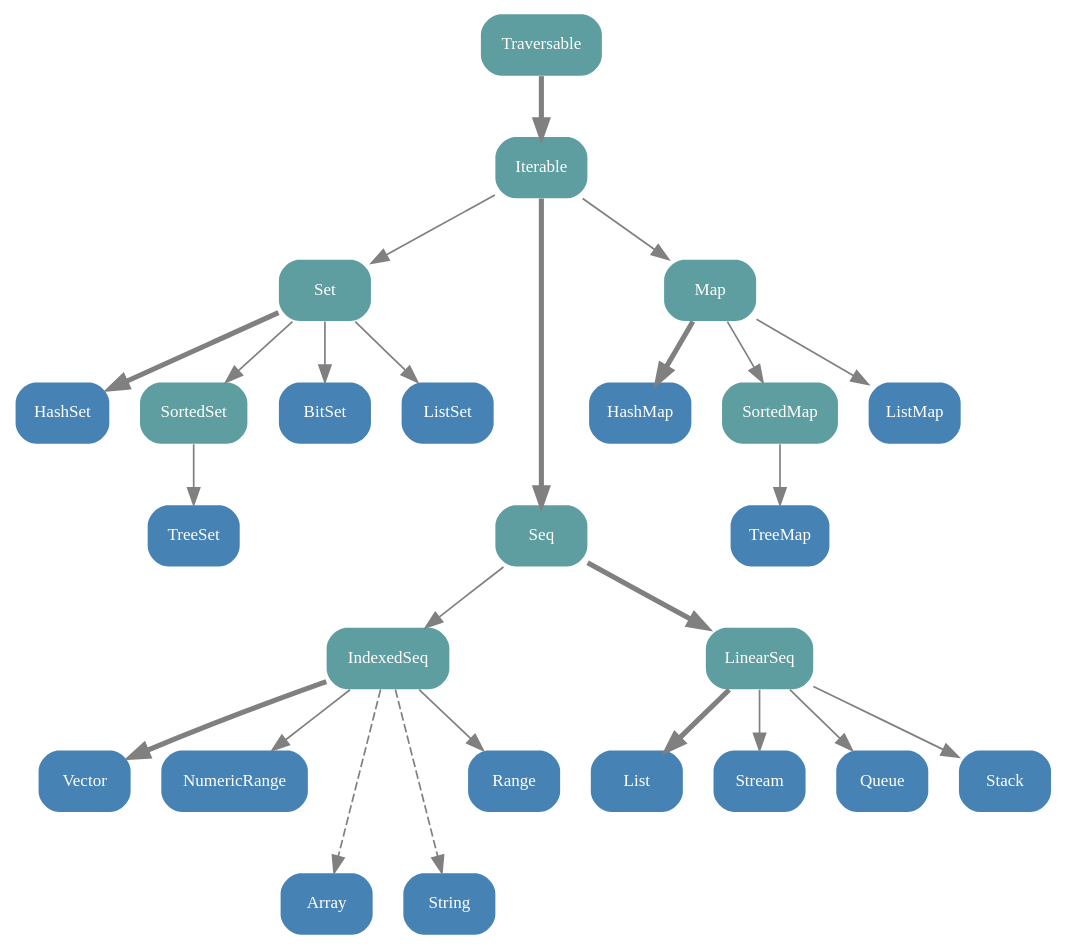
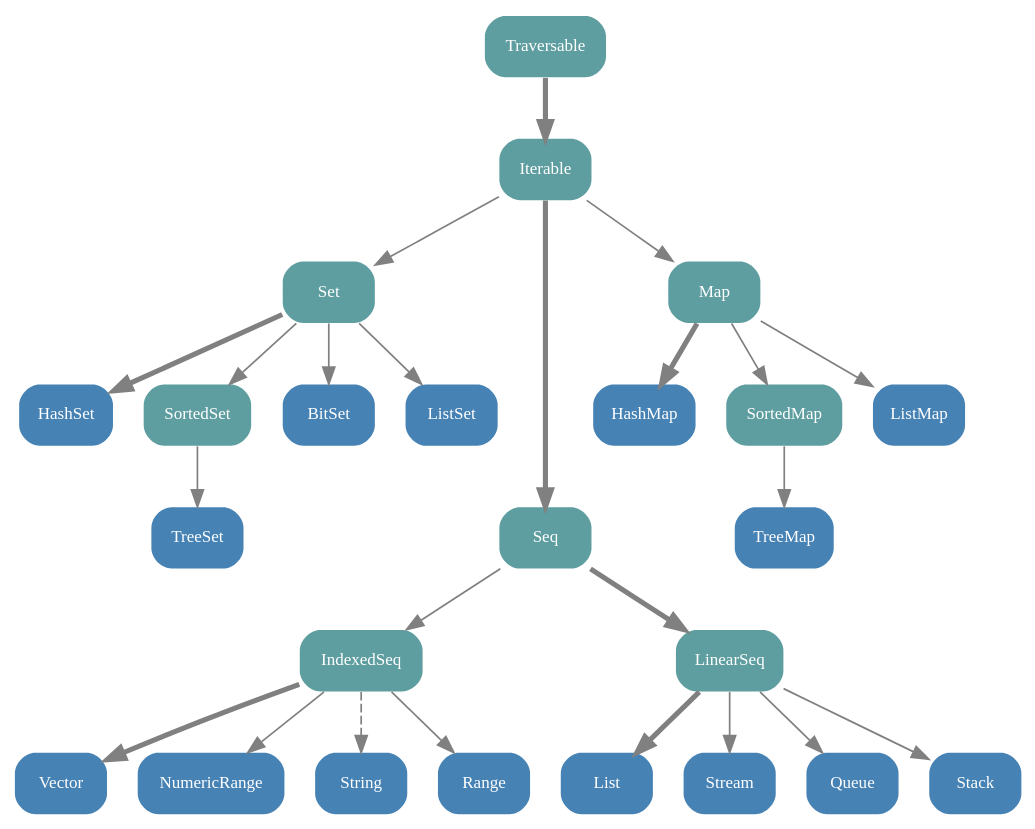
One commit to sirthias/scala-collections-charts changed the diagram in src/scala.collection.immutable.dot. Above: the diagram before and after it, drawn with Graphviz. The commit also changed 3 other files, not shown here.

Commit message:
Fixed incorrect location of implicit conversion Array -> IndexedSeq, was in scala.collection.immutable, now in scala.collection.mutable

```diff
--- a/src/scala.collection.immutable.dot
+++ b/src/scala.collection.immutable.dot
@@ -1,75 +1,71 @@
 // dot graphs for the Scala 2.8 Collections API
 // package scala.collection.immutable
 // (C) 2010 by Mathias
 
 digraph "scala.collection.immutable" {
   bgcolor=transparent
   dpi=68
   
   // layout help
-  node [shape=plaintext, style=invis]
+  node [shape=point, style=invis]
   edge [style=invis]
-  Level0 -> Level1 -> Level2 -> Level3 -> Level4 -> Level5 -> Level6 -> Level7
+  Level0 -> Level1 -> Level2 -> Level3 -> Level4 -> Level5
   
   // node definitions
   node [shape=box, style="rounded, filled", fontname=tahoma, fontsize=10, fontcolor=white, color=none, fillcolor=cadetblue]
   iTraversable [label="Traversable", URL="http://www.scala-lang.org/api/current/scala/collection/immutable/Traversable.html"]
     iIterable [label="Iterable", URL="http://www.scala-lang.org/api/current/scala/collection/immutable/Iterable.html"]
       iSet [label="Set", URL="http://www.scala-lang.org/api/current/scala/collection/immutable/Set.html"]
         iHashSet [fillcolor="steelblue", label="HashSet", URL="http://www.scala-lang.org/api/current/scala/collection/immutable/HashSet.html"]
         iSortedSet [label="SortedSet", URL="http://www.scala-lang.org/api/current/scala/collection/immutable/SortedSet.html"]
           TreeSet [fillcolor="steelblue", URL="http://www.scala-lang.org/api/current/scala/collection/immutable/TreeSet.html"]
         iBitSet [fillcolor="steelblue", label="BitSet", URL="http://www.scala-lang.org/api/current/scala/collection/immutable/BitSet.html"]
         ListSet [fillcolor="steelblue", URL="http://www.scala-lang.org/api/current/scala/collection/immutable/ListSet.html"]
       iSeq [label="Seq", URL="http://www.scala-lang.org/api/current/scala/collection/immutable/Seq.html"]
         iIndexedSeq [label="IndexedSeq", URL="http://www.scala-lang.org/api/current/scala/collection/immutable/IndexedSeq.html"]
           Vector [fillcolor="steelblue", URL="http://www.scala-lang.org/api/current/scala/collection/immutable/Vector.html"]
           NumericRange [fillcolor="steelblue", URL="http://www.scala-lang.org/api/current/scala/collection/immutable/NumericRange.html"]
-          Array [fillcolor="steelblue", URL="http://www.scala-lang.org/api/current/scala/Array.html"]
           String [fillcolor="steelblue", URL="http://www.scala-lang.org/api/current/scala/String.html"]
           Range [fillcolor="steelblue", URL="http://www.scala-lang.org/api/current/scala/collection/immutable/Range.html"]
         iLinearSeq [label="LinearSeq", URL="http://www.scala-lang.org/api/current/scala/collection/immutable/LinearSeq.html"]
           List [fillcolor="steelblue", URL="http://www.scala-lang.org/api/current/scala/collection/immutable/List.html"]
           Stream [fillcolor="steelblue", URL="http://www.scala-lang.org/api/current/scala/collection/immutable/Stream.html"]
           iQueue [fillcolor="steelblue", label="Queue", URL="http://www.scala-lang.org/api/current/scala/collection/immutable/Queue.html"]
           iStack [fillcolor="steelblue", label="Stack", URL="http://www.scala-lang.org/api/current/scala/collection/immutable/Stack.html"]
       iMap [label="Map", URL="http://www.scala-lang.org/api/current/scala/collection/immutable/Map.html"]
         iHashMap [fillcolor="steelblue", label="HashMap", URL="http://www.scala-lang.org/api/current/scala/collection/immutable/HashMap.html"]
         iSortedMap [label="SortedMap", URL="http://www.scala-lang.org/api/current/scala/collection/immutable/SortedMap.html"]
           TreeMap [fillcolor="steelblue", URL="http://www.scala-lang.org/api/current/scala/collection/immutable/TreeMap.html"]
         iListMap [fillcolor="steelblue", label="ListMap", URL="http://www.scala-lang.org/api/current/scala/collection/immutable/ListMap.html"]
 
   // layout help
   { rank=same; Level0; iTraversable }
   { rank=same; Level1; iIterable }
   { rank=same; Level2; iSet; iMap }
   { rank=same; Level3; }
   { rank=same; Level4; iSeq }
   { rank=same; Level5; iIndexedSeq; iLinearSeq }
-  { rank=same; Level6; }
-  { rank=same; Level7; Array; String; }
 
   // edge definitions
   edge [style=solid, color=gray]
   iTraversable -> iIterable [penwidth=3]
   iIterable -> iSeq [penwidth=3]
   iSeq -> iIndexedSeq
   iIndexedSeq -> Vector [penwidth=3]
   iIndexedSeq -> NumericRange
   iIndexedSeq -> Range
-  iIndexedSeq -> Array [style=dashed]
   iIndexedSeq -> String [style=dashed]
   iSeq -> iLinearSeq -> List [penwidth=3]
   iLinearSeq -> Stream
   iLinearSeq -> iQueue
   iLinearSeq -> iStack
   iIterable -> iSet
   iSet -> iHashSet [penwidth=3]
   iSet -> iSortedSet -> TreeSet
   iSet -> iBitSet
   iSet -> ListSet
   iIterable -> iMap
   iMap -> iHashMap [penwidth=3]
   iMap -> iSortedMap -> TreeMap
   iMap -> iListMap
 }
```
